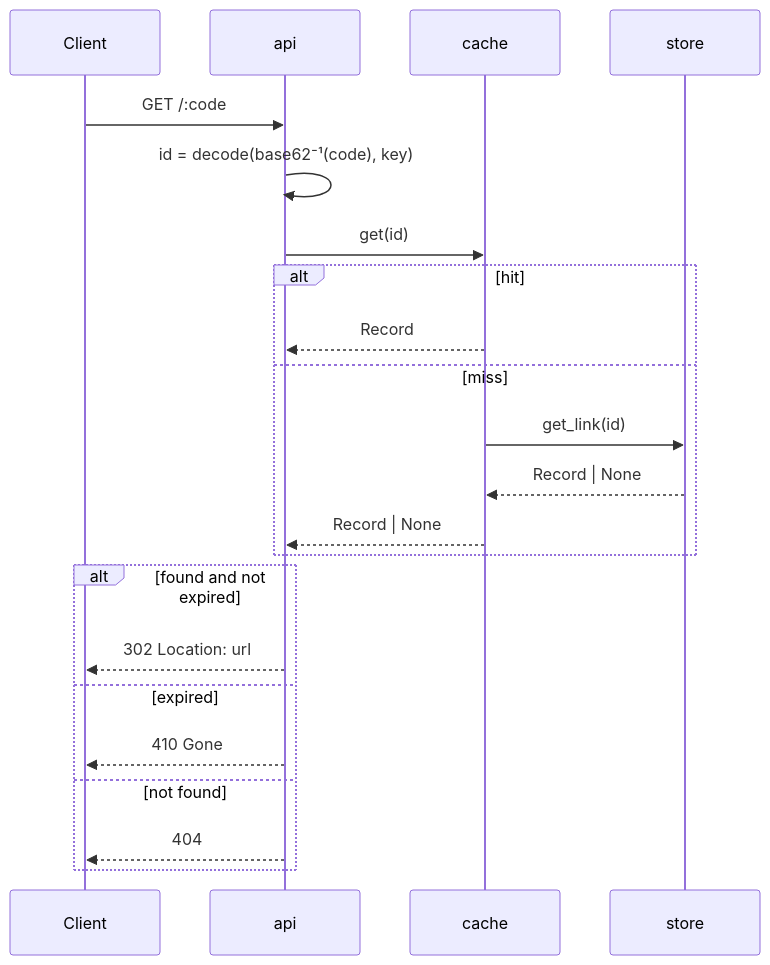
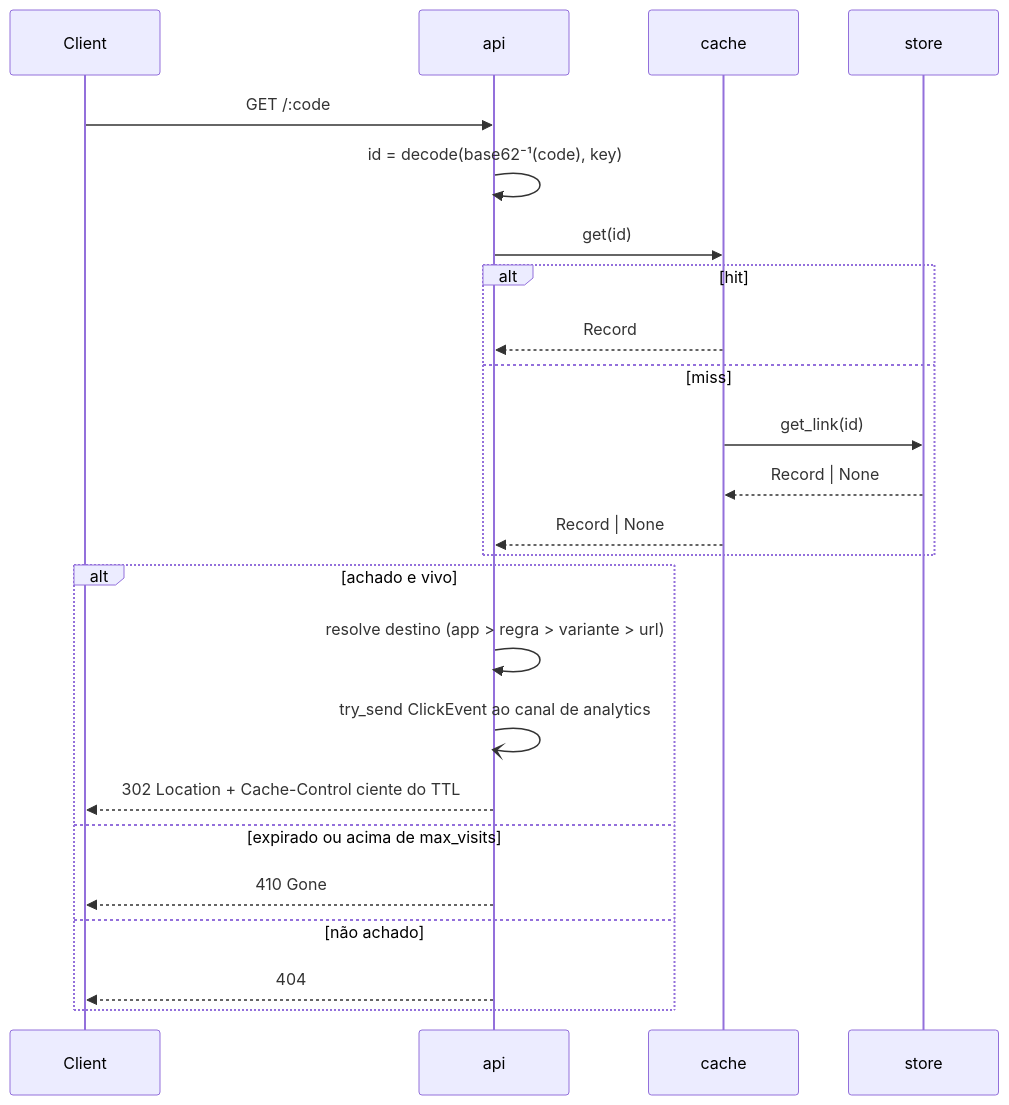
Before and after one commit to lucasolopes/quark: the third of 5 diagrams in docs/ARCHITECTURE.PT_BR.md, drawn with Mermaid. The commit also changed other lines of this file and 1 other file, not shown here.

First line of the commit message:
docs(architecture): rewrite to final module map, Record, backends, scale layer

````diff
--- a/docs/ARCHITECTURE.PT_BR.md
+++ b/docs/ARCHITECTURE.PT_BR.md
@@ -62,24 +89,26 @@
 ```mermaid
 sequenceDiagram
     participant Cli as Client
     participant Api as api
     participant Ca as cache
     participant St as store
     Cli->>Api: GET /:code
     Api->>Api: id = decode(base62⁻¹(code), key)
     Api->>Ca: get(id)
     alt hit
         Ca-->>Api: Record
     else miss
         Ca->>St: get_link(id)
         St-->>Ca: Record | None
         Ca-->>Api: Record | None
     end
-    alt found and not expired
-        Api-->>Cli: 302 Location: url
-    else expired
+    alt achado e vivo
+        Api->>Api: resolve destino (app > regra > variante > url)
+        Api-)Api: try_send ClickEvent ao canal de analytics
+        Api-->>Cli: 302 Location + Cache-Control ciente do TTL
+    else expirado ou acima de max_visits
         Api-->>Cli: 410 Gone
-    else not found
+    else não achado
         Api-->>Cli: 404
     end
 ```
````
